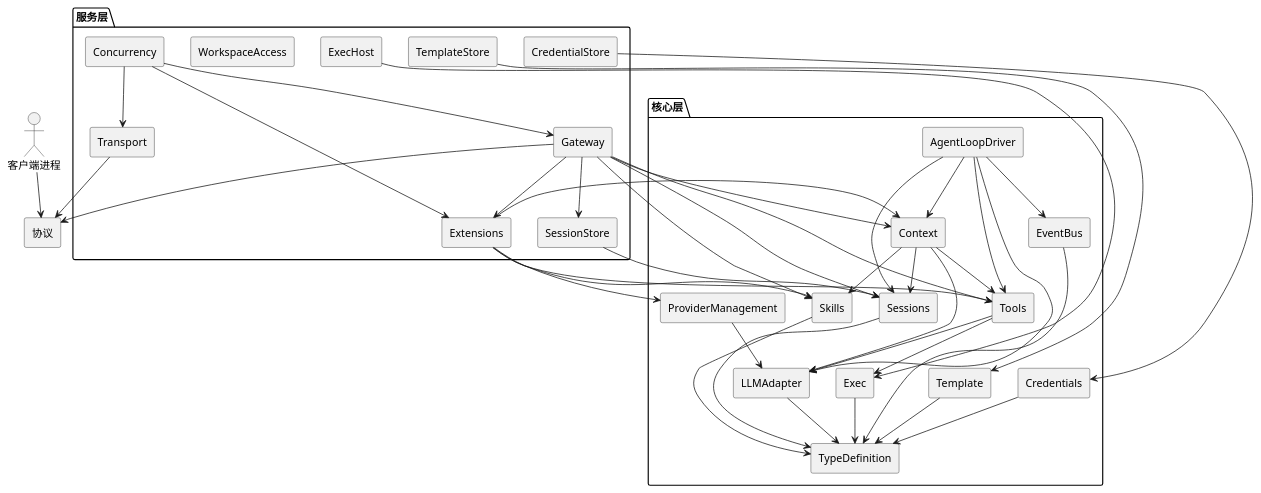
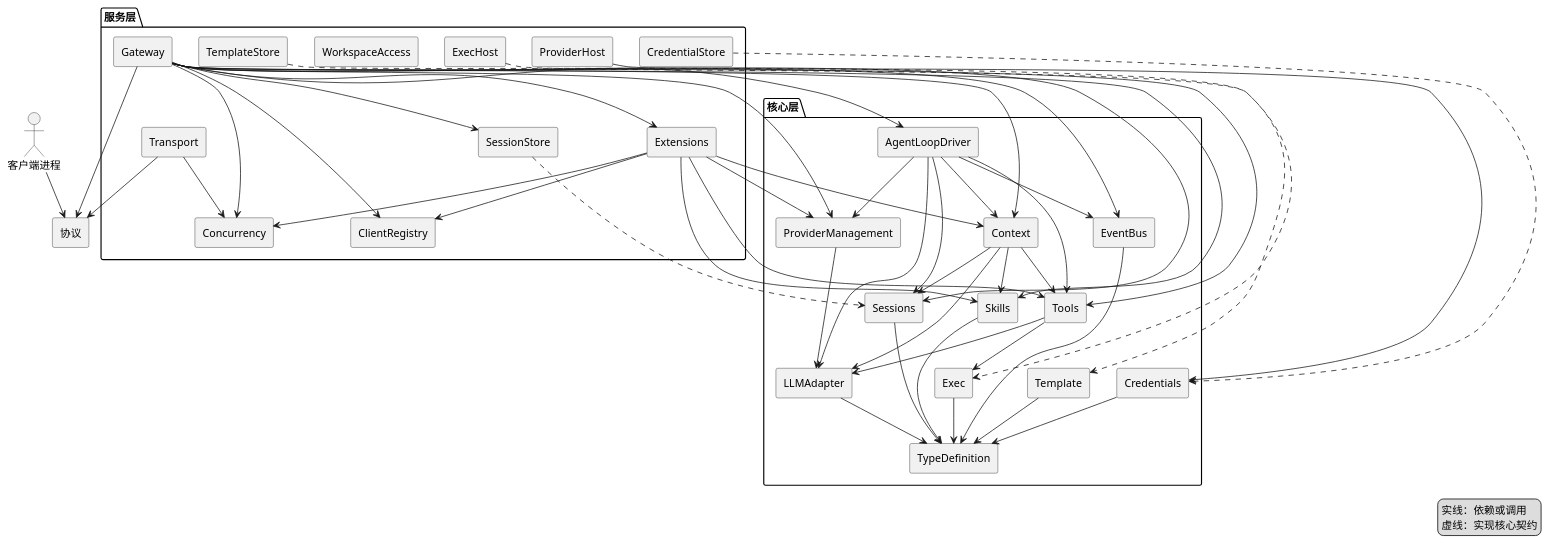
Before and after one commit to pisciculus0413/Pisces: the third of 10 diagrams in docs/1 High-Level Design/1 High-Level Design.md, drawn with PlantUML. The commit also changed other lines of this file, not shown here.

````diff
--- a/docs/1 High-Level Design/1 High-Level Design.md
+++ b/docs/1 High-Level Design/1 High-Level Design.md
@@ -333,6 +374,8 @@
   [WorkspaceAccess]
   [ExecHost]
   [Extensions]
+  [ProviderHost]
+  [ClientRegistry]
 }
 
 Clients --> Protocol
@@ -344,6 +387,7 @@
 [AgentLoopDriver] --> [Sessions]
 [AgentLoopDriver] --> [Tools]
 [AgentLoopDriver] --> [LLMAdapter]
+[AgentLoopDriver] --> [ProviderManagement]
 [AgentLoopDriver] --> [EventBus]
 [Context] --> [Sessions]
 [Context] --> [Tools]
@@ -357,9 +401,9 @@
 [Template] --> [TypeDefinition]
 [EventBus] --> [TypeDefinition]
 
-[Concurrency] --> [Transport]
-[Concurrency] --> [Gateway]
-[Concurrency] --> [Extensions]
+[Transport] --> [Concurrency]
+[Gateway] --> [Concurrency]
+[Extensions] --> [Concurrency]
 [Transport] --> [Protocol]
 [Gateway] --> [Protocol]
 [Gateway] --> [Context]
@@ -367,14 +411,24 @@
 [Gateway] --> [Tools]
 [Gateway] --> [Skills]
 [Gateway] --> [Extensions]
+[Gateway] --> [AgentLoopDriver]
+[Gateway] --> [ProviderManagement]
+[Gateway] --> [ClientRegistry]
+[Gateway] --> [EventBus]
+[Extensions] --> [ClientRegistry]
+[ProviderHost] --> [Credentials]
 [Gateway] --> [SessionStore]
-[SessionStore] --> [Sessions]
-[TemplateStore] --> [Template]
-[CredentialStore] --> [Credentials]
-[ExecHost] --> [Exec]
+[SessionStore] ..> [Sessions]
+[TemplateStore] ..> [Template]
+[CredentialStore] ..> [Credentials]
+[ExecHost] ..> [Exec]
 [Extensions] --> [Tools]
 [Extensions] --> [Skills]
 [Extensions] --> [ProviderManagement]
 [Extensions] --> [Context]
+legend right
+  实线：依赖或调用
+  虚线：实现核心契约
+endlegend
 @enduml
 ```
````
